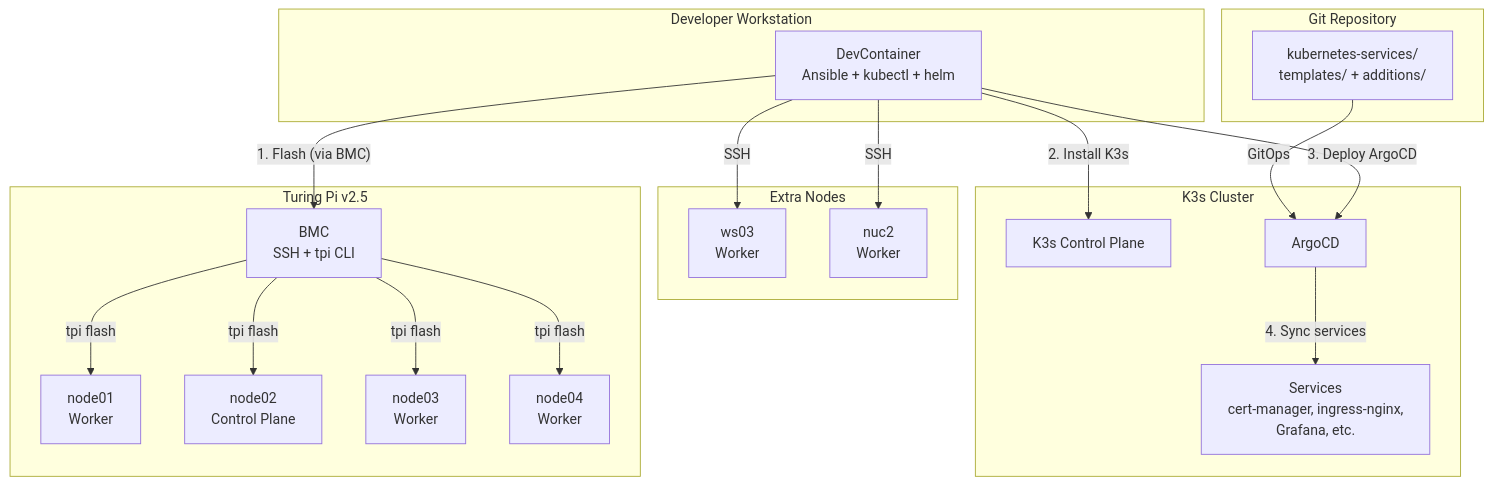
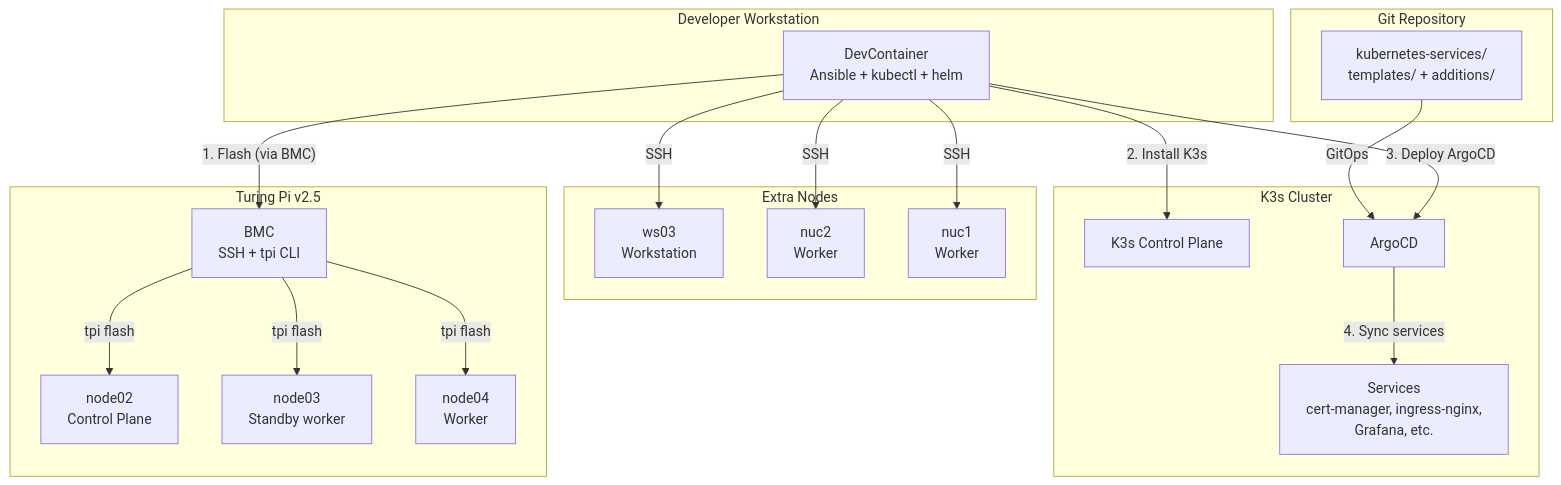
The first of 3 diagrams in docs/explanations/architecture.md (gilesknap/tpi-k3s-ansible), drawn with Mermaid before and after one commit. The commit also changed other lines of this file and 46 other files, not shown here.

````diff
--- a/docs/explanations/architecture.md
+++ b/docs/explanations/architecture.md
@@ -11,37 +11,37 @@
 ```mermaid
 flowchart TB
     subgraph Workstation["Developer Workstation"]
         DC[DevContainer<br/>Ansible + kubectl + helm]
     end
 
     subgraph TuringPi["Turing Pi v2.5"]
         BMC[BMC<br/>SSH + tpi CLI]
-        N1[node01<br/>Worker]
         N2[node02<br/>Control Plane]
-        N3[node03<br/>Worker]
+        N3[node03<br/>Standby worker]
         N4[node04<br/>Worker]
     end
 
     subgraph Extra["Extra Nodes"]
-        E1[ws03<br/>Worker]
+        E1[ws03<br/>Workstation]
         E2[nuc2<br/>Worker]
+        E3[nuc1<br/>Worker]
     end
 
     subgraph Cluster["K3s Cluster"]
         K3S[K3s Control Plane]
         ARGO[ArgoCD]
         SVC[Services<br/>cert-manager, ingress-nginx,<br/>Grafana, etc.]
     end
 
     subgraph Git["Git Repository"]
         REPO["kubernetes-services/<br/>templates/ + additions/"]
     end
 
     DC -->|"1. Flash (via BMC)"| BMC
-    BMC -->|"tpi flash"| N1 & N2 & N3 & N4
+    BMC -->|"tpi flash"| N2 & N3 & N4
     DC -->|"2. Install K3s"| K3S
     DC -->|"3. Deploy ArgoCD"| ARGO
     ARGO -->|"4. Sync services"| SVC
     REPO -->|"GitOps"| ARGO
-    DC -->|"SSH"| E1 & E2
+    DC -->|"SSH"| E1 & E2 & E3
 ```
````
